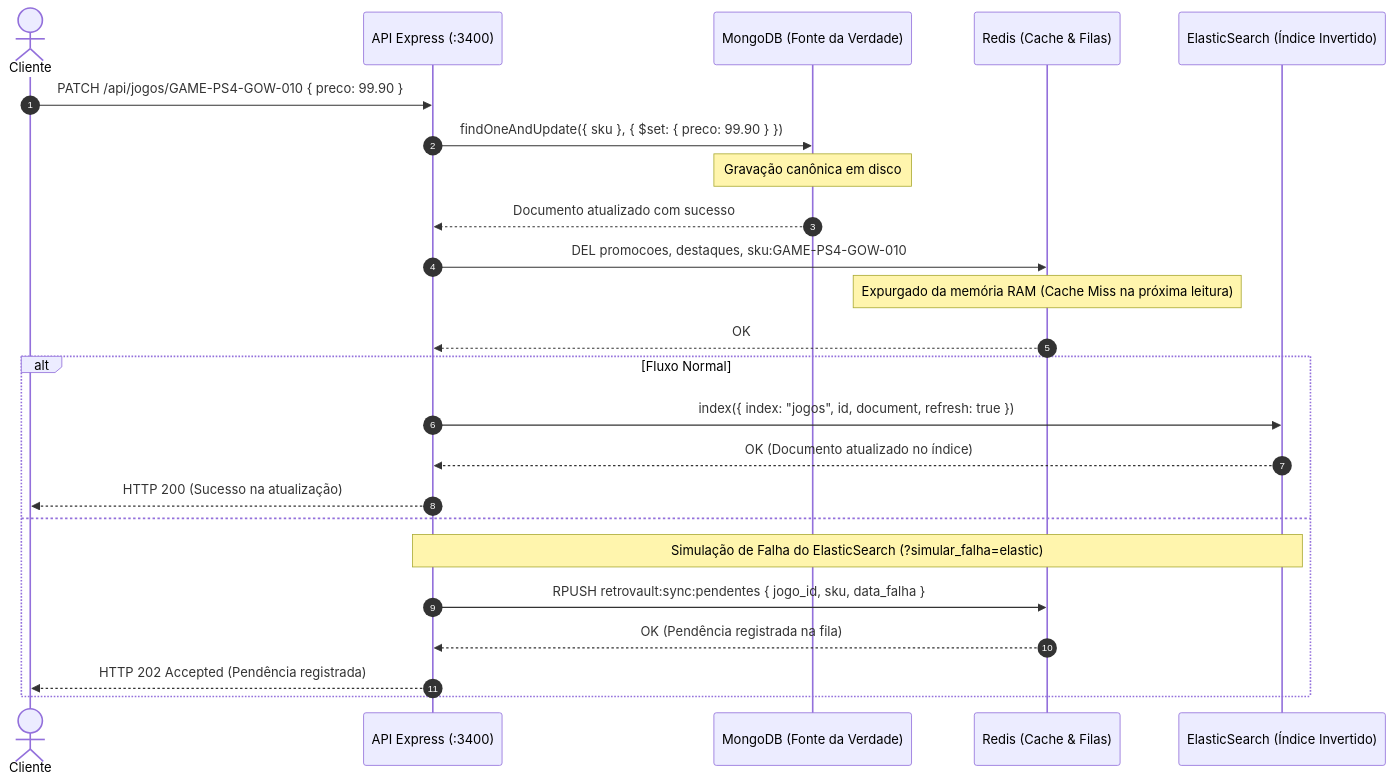
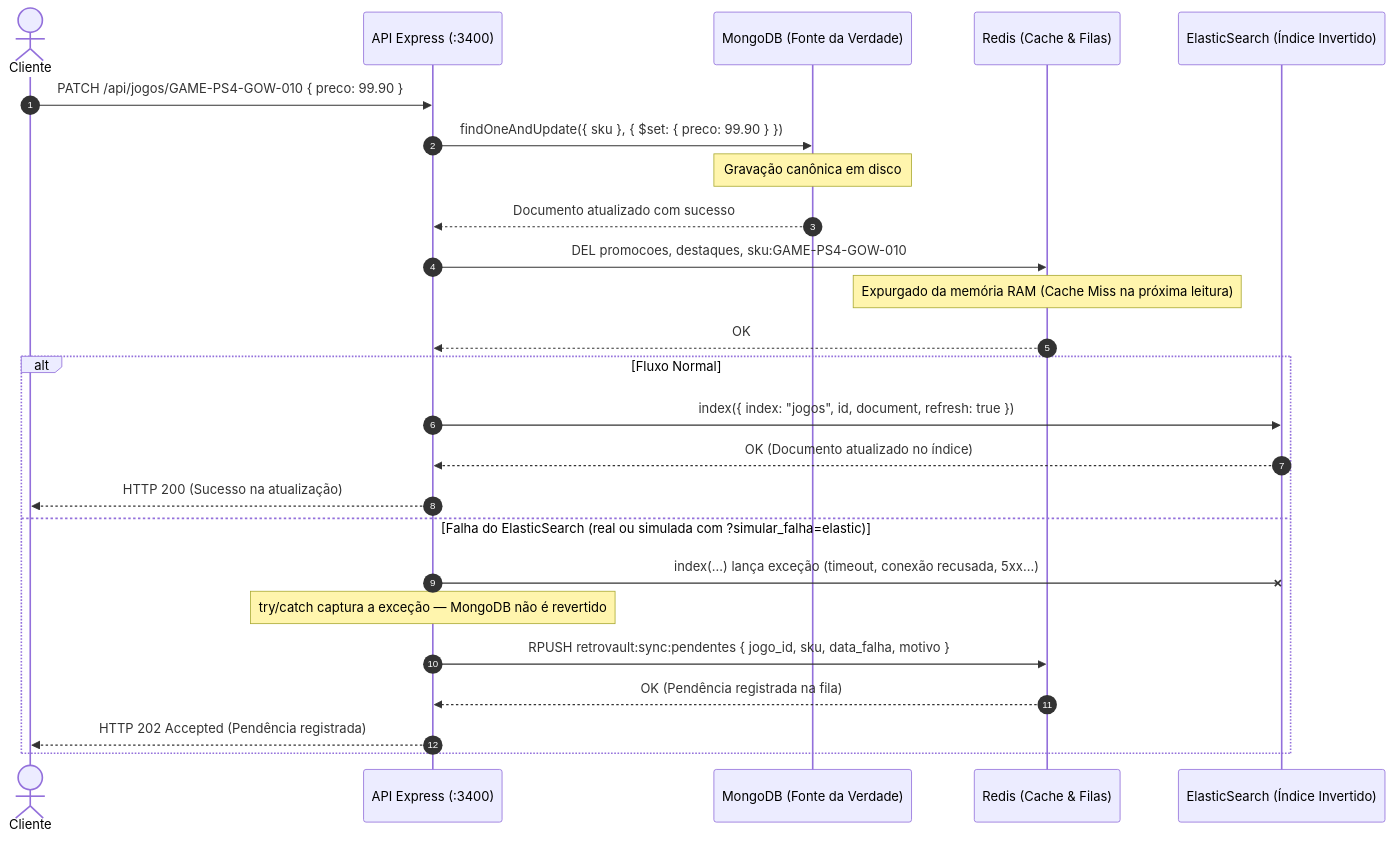
Before and after one commit to LucasXRosas/base-nosql-docker: the third of 3 diagrams in CHECKPOINT_2.md, drawn with Mermaid. The commit also changed other lines of this file and 2 other files, not shown here.

````diff
--- a/CHECKPOINT_2.md
+++ b/CHECKPOINT_2.md
@@ -283,29 +283,30 @@
 ```mermaid
 sequenceDiagram
     autonumber
     actor Cliente
     participant App as API Express (:3400)
     participant Mongo as MongoDB (Fonte da Verdade)
     participant Redis as Redis (Cache & Filas)
     participant Elastic as ElasticSearch (Índice Invertido)
 
     Cliente->>App: PATCH /api/jogos/GAME-PS4-GOW-010 { preco: 99.90 }
     App->>Mongo: findOneAndUpdate({ sku }, { $set: { preco: 99.90 } })
     Note over Mongo: Gravação canônica em disco
     Mongo-->>App: Documento atualizado com sucesso
 
     App->>Redis: DEL promocoes, destaques, sku:GAME-PS4-GOW-010
     Note over Redis: Expurgado da memória RAM (Cache Miss na próxima leitura)
     Redis-->>App: OK
 
     alt Fluxo Normal
         App->>Elastic: index({ index: "jogos", id, document, refresh: true })
         Elastic-->>App: OK (Documento atualizado no índice)
         App-->>Cliente: HTTP 200 (Sucesso na atualização)
-    else
-        Note over App,Elastic: Simulação de Falha do ElasticSearch (?simular_falha=elastic)
-        App->>Redis: RPUSH retrovault:sync:pendentes { jogo_id, sku, data_falha }
+    else Falha do ElasticSearch (real ou simulada com ?simular_falha=elastic)
+        App-xElastic: index(...) lança exceção (timeout, conexão recusada, 5xx...)
+        Note over App: try/catch captura a exceção — MongoDB não é revertido
+        App->>Redis: RPUSH retrovault:sync:pendentes { jogo_id, sku, data_falha, motivo }
         Redis-->>App: OK (Pendência registrada na fila)
         App-->>Cliente: HTTP 202 Accepted (Pendência registrada)
     end
 ```
````
